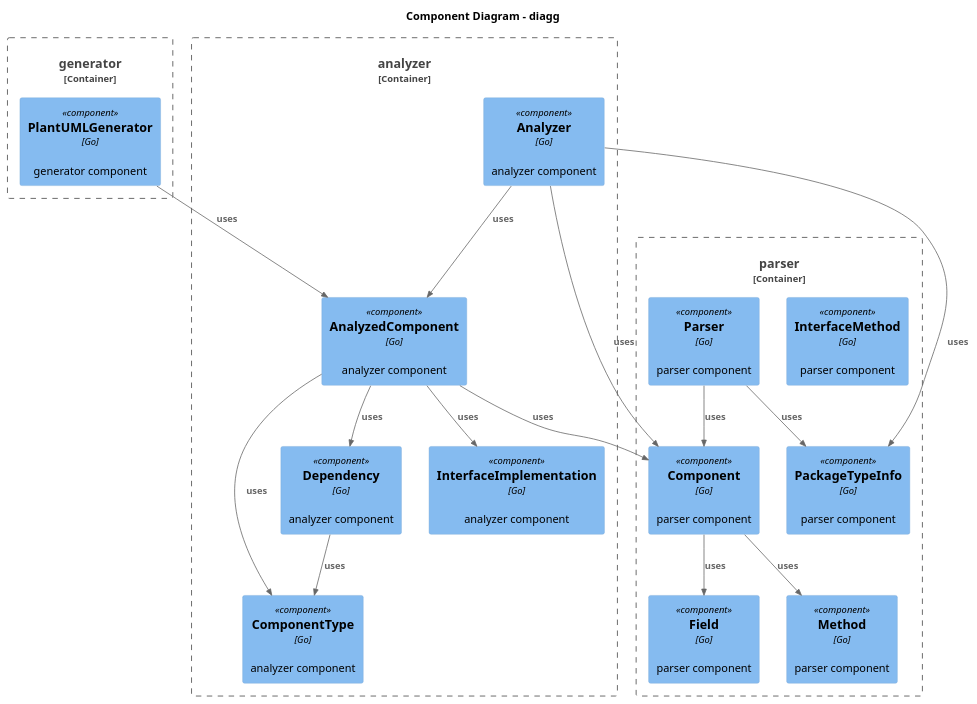
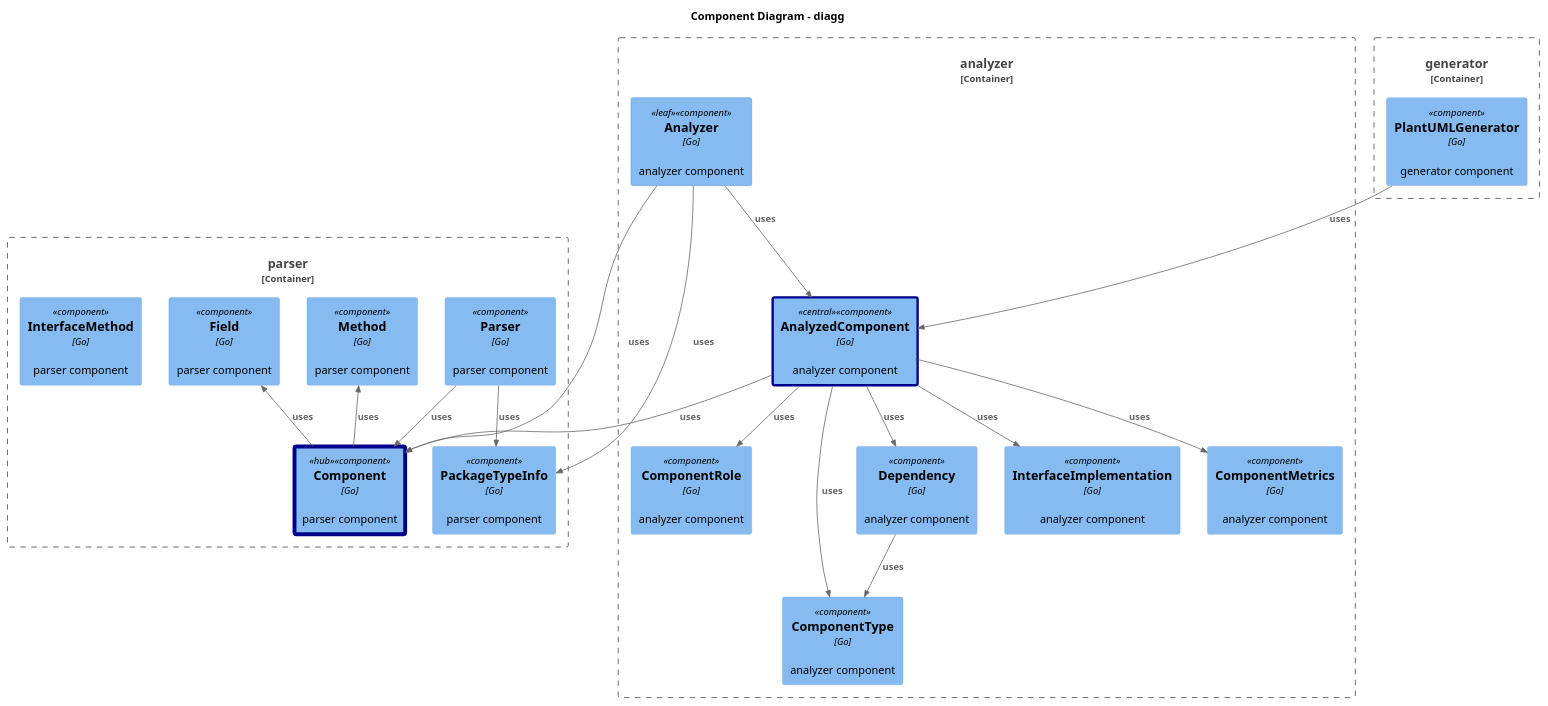
One commit to preslavrachev/diagg changed the diagram in diagram.puml. Above: the diagram before and after it, drawn with PlantUML. The commit also changed 4 other files, not shown here.

Commit message:
Add connectivity metrics and role classification for components; enhance PlantUML generation with visual hierarchy and relationship directionality

```diff
--- a/diagram.puml
+++ b/diagram.puml
@@ -1,42 +1,50 @@
 @startuml
 !include https://raw.githubusercontent.com/plantuml-stdlib/C4-PlantUML/master/C4_Component.puml
 
+AddComponentTag("hub", $borderThickness="5", $fontColor="#000000", $borderColor="darkBlue")
+AddComponentTag("central", $borderThickness="3", $fontColor="#000000", $borderColor="darkBlue")
+AddComponentTag("leaf", $borderThickness="1")
+
 title Component Diagram - diagg
+
+Container_Boundary(parser_boundary, "parser") {
+Component(Component, "Component", "Go", "parser component", $tags="hub")
+Component(PackageTypeInfo, "PackageTypeInfo", "Go", "parser component")
+Component(Parser, "Parser", "Go", "parser component")
+Component(Method, "Method", "Go", "parser component")
+Component(Field, "Field", "Go", "parser component")
+Component(InterfaceMethod, "InterfaceMethod", "Go", "parser component")
+}
+
+Container_Boundary(analyzer_boundary, "analyzer") {
+Component(AnalyzedComponent, "AnalyzedComponent", "Go", "analyzer component", $tags="central")
+Component(ComponentType, "ComponentType", "Go", "analyzer component")
+Component(Dependency, "Dependency", "Go", "analyzer component")
+Component(InterfaceImplementation, "InterfaceImplementation", "Go", "analyzer component")
+Component(ComponentMetrics, "ComponentMetrics", "Go", "analyzer component")
+Component(ComponentRole, "ComponentRole", "Go", "analyzer component")
+Component(Analyzer, "Analyzer", "Go", "analyzer component", $tags="leaf")
+}
 
 Container_Boundary(generator_boundary, "generator") {
 Component(PlantUMLGenerator, "PlantUMLGenerator", "Go", "generator component")
 }
 
-Container_Boundary(parser_boundary, "parser") {
-Component(Component, "Component", "Go", "parser component")
-Component(Field, "Field", "Go", "parser component")
-Component(Method, "Method", "Go", "parser component")
-Component(InterfaceMethod, "InterfaceMethod", "Go", "parser component")
-Component(Parser, "Parser", "Go", "parser component")
-Component(PackageTypeInfo, "PackageTypeInfo", "Go", "parser component")
-}
 
-Container_Boundary(analyzer_boundary, "analyzer") {
-Component(ComponentType, "ComponentType", "Go", "analyzer component")
-Component(AnalyzedComponent, "AnalyzedComponent", "Go", "analyzer component")
-Component(Dependency, "Dependency", "Go", "analyzer component")
-Component(InterfaceImplementation, "InterfaceImplementation", "Go", "analyzer component")
-Component(Analyzer, "Analyzer", "Go", "analyzer component")
-}
-
-
-Rel(Component, Field, "uses")
-Rel(Component, Method, "uses")
+Rel_U(Component, Field, "uses")
+Rel_U(Component, Method, "uses")
 Rel(Parser, Component, "uses")
 Rel(Parser, PackageTypeInfo, "uses")
 Rel(AnalyzedComponent, Component, "uses")
 Rel(AnalyzedComponent, ComponentType, "uses")
 Rel(AnalyzedComponent, Dependency, "uses")
 Rel(AnalyzedComponent, InterfaceImplementation, "uses")
+Rel(AnalyzedComponent, ComponentMetrics, "uses")
+Rel(AnalyzedComponent, ComponentRole, "uses")
 Rel(Dependency, ComponentType, "uses")
-Rel(Analyzer, Component, "uses")
-Rel(Analyzer, AnalyzedComponent, "uses")
-Rel(Analyzer, PackageTypeInfo, "uses")
+Rel_D(Analyzer, Component, "uses")
+Rel_D(Analyzer, AnalyzedComponent, "uses")
+Rel_D(Analyzer, PackageTypeInfo, "uses")
 Rel(PlantUMLGenerator, AnalyzedComponent, "uses")
 
 @enduml
```
